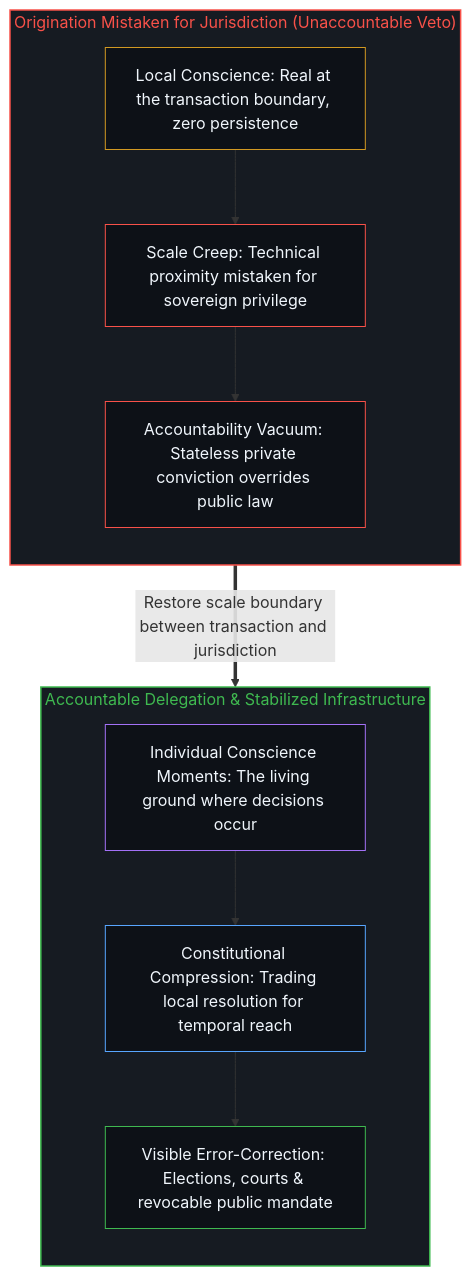
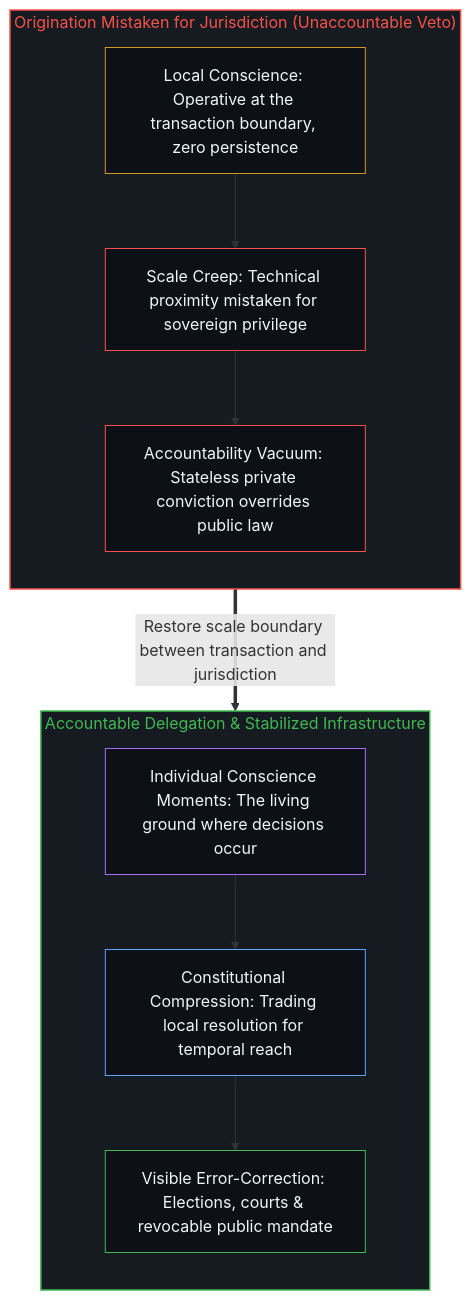
One commit to powerpig99/not-a-toe changed the second of 2 diagrams in content/posts/conscience-power-delegation.md. Above: the diagram before and after it, drawn with Mermaid. The commit also changed other lines of this file and 3 other files, not shown here.

````diff
--- a/content/posts/conscience-power-delegation.md
+++ b/content/posts/conscience-power-delegation.md
@@ -77,29 +74,26 @@
 ```mermaid
 flowchart TD
     subgraph S_Orig["Origination Mistaken for Jurisdiction (Unaccountable Veto)"]
         direction TB
-        O_Local["Local Conscience: Real at the transaction boundary, zero persistence"]
+        O_Local["Local Conscience: Operative at the transaction boundary, zero persistence"]
         O_Creep["Scale Creep: Technical proximity mistaken for sovereign privilege"]
         O_Vacuum["Accountability Vacuum: Stateless private conviction overrides public law"]
         O_Local --> O_Creep --> O_Vacuum
     end
-
     subgraph S_Deleg["Accountable Delegation & Stabilized Infrastructure"]
         direction TB
         D_Ground["Individual Conscience Moments: The living ground where decisions occur"]
         D_Compress["Constitutional Compression: Trading local resolution for temporal reach"]
         D_Correct["Visible Error-Correction: Elections, courts & revocable public mandate"]
         D_Ground --> D_Compress --> D_Correct
     end
-
     O_Vacuum ==>|"Restore scale boundary between transaction and jurisdiction"| D_Ground
-
     style S_Orig fill:#161b22,stroke:#f85149,stroke-width:1.5px,color:#f85149
     style S_Deleg fill:#161b22,stroke:#3fb950,stroke-width:1.5px,color:#3fb950
     style O_Local fill:#0d1117,stroke:#d29922,stroke-width:1px,color:#f0f6fc
     style O_Creep fill:#0d1117,stroke:#f85149,stroke-width:1px,color:#f0f6fc
     style O_Vacuum fill:#0d1117,stroke:#f85149,stroke-width:1px,color:#f0f6fc
     style D_Ground fill:#0d1117,stroke:#a371f7,stroke-width:1px,color:#f0f6fc
     style D_Compress fill:#0d1117,stroke:#58a6ff,stroke-width:1px,color:#f0f6fc
     style D_Correct fill:#0d1117,stroke:#3fb950,stroke-width:1px,color:#f0f6fc
 ```
````
